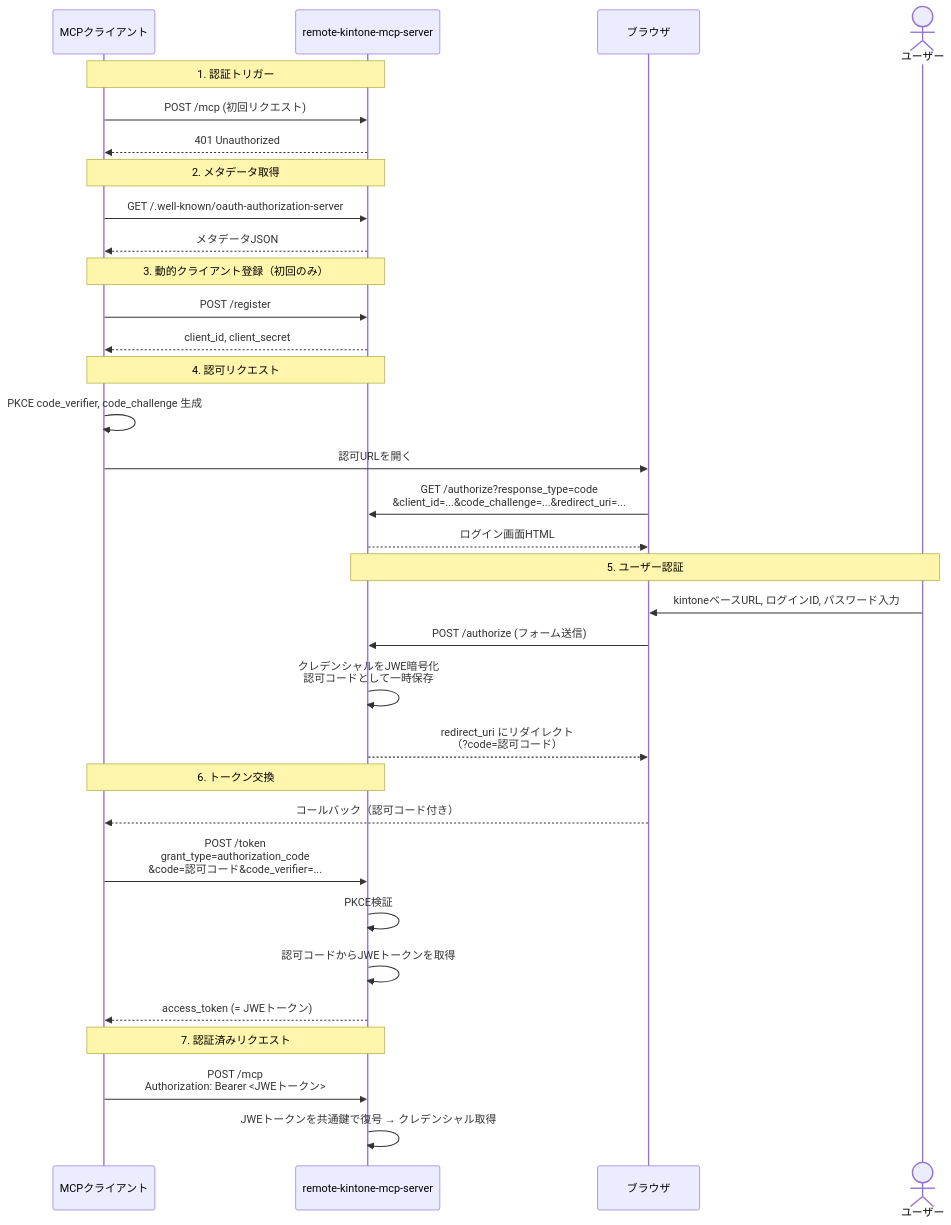
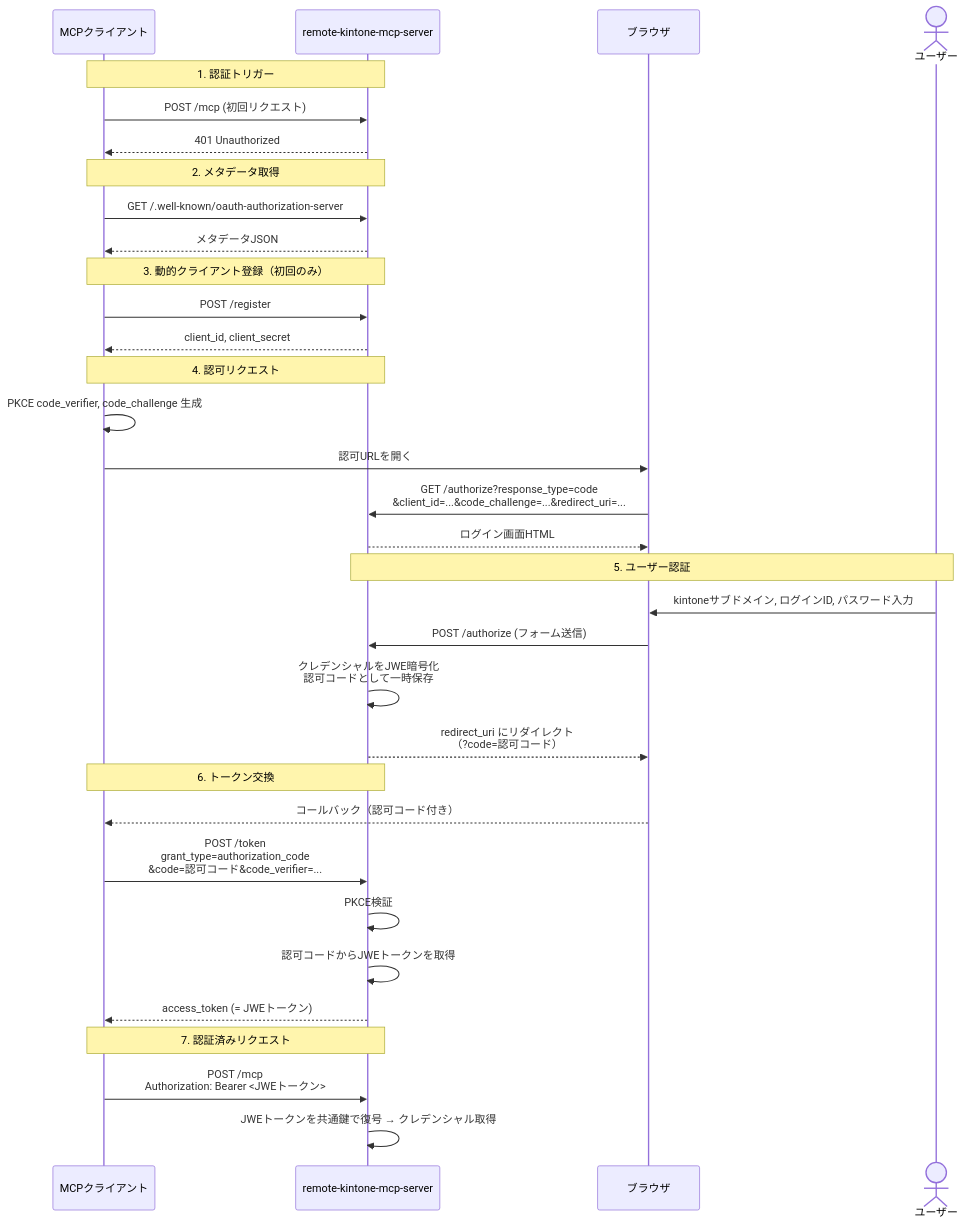
The diagram in docs/04-auth-flow.md (macrat/remote-kintone-mcp-server), drawn with Mermaid before and after one commit. The commit also changed other lines of this file and 7 other files, not shown here.

````diff
--- a/docs/04-auth-flow.md
+++ b/docs/04-auth-flow.md
@@ -159,42 +155,42 @@
 ```mermaid
 sequenceDiagram
     participant Client as MCPクライアント
     participant Server as remote-kintone-mcp-server
     participant Browser as ブラウザ
     actor User as ユーザー
 
     Note over Client, Server: 1. 認証トリガー
     Client->>Server: POST /mcp (初回リクエスト)
     Server-->>Client: 401 Unauthorized
 
     Note over Client, Server: 2. メタデータ取得
     Client->>Server: GET /.well-known/oauth-authorization-server
     Server-->>Client: メタデータJSON
 
     Note over Client, Server: 3. 動的クライアント登録（初回のみ）
     Client->>Server: POST /register
     Server-->>Client: client_id, client_secret
 
     Note over Client, Server: 4. 認可リクエスト
     Client->>Client: PKCE code_verifier, code_challenge 生成
     Client->>Browser: 認可URLを開く
     Browser->>Server: GET /authorize?response_type=code<br>&client_id=...&code_challenge=...&redirect_uri=...
     Server-->>Browser: ログイン画面HTML
 
     Note over User, Server: 5. ユーザー認証
-    User->>Browser: kintoneベースURL, ログインID, パスワード入力
+    User->>Browser: kintoneサブドメイン, ログインID, パスワード入力
     Browser->>Server: POST /authorize (フォーム送信)
     Server->>Server: クレデンシャルをJWE暗号化<br>認可コードとして一時保存
     Server-->>Browser: redirect_uri にリダイレクト<br>（?code=認可コード）
 
     Note over Client, Server: 6. トークン交換
     Browser-->>Client: コールバック（認可コード付き）
     Client->>Server: POST /token<br>grant_type=authorization_code<br>&code=認可コード&code_verifier=...
     Server->>Server: PKCE検証
     Server->>Server: 認可コードからJWEトークンを取得
     Server-->>Client: access_token (= JWEトークン)
 
     Note over Client, Server: 7. 認証済みリクエスト
     Client->>Server: POST /mcp<br>Authorization: Bearer <JWEトークン>
     Server->>Server: JWEトークンを共通鍵で復号 → クレデンシャル取得
 ```
````
